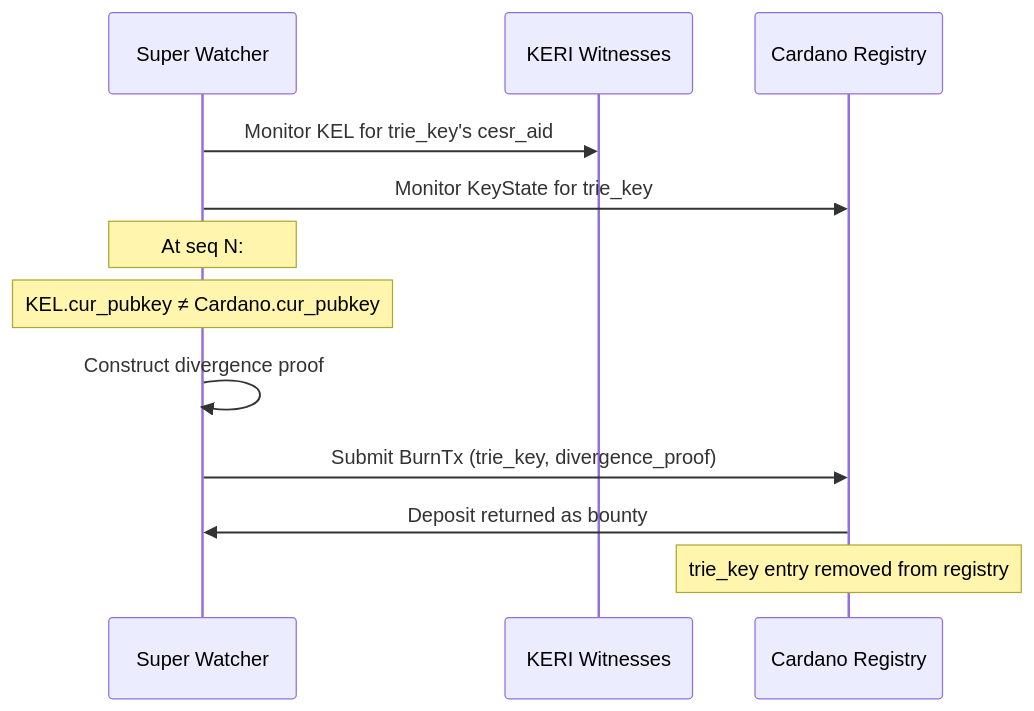
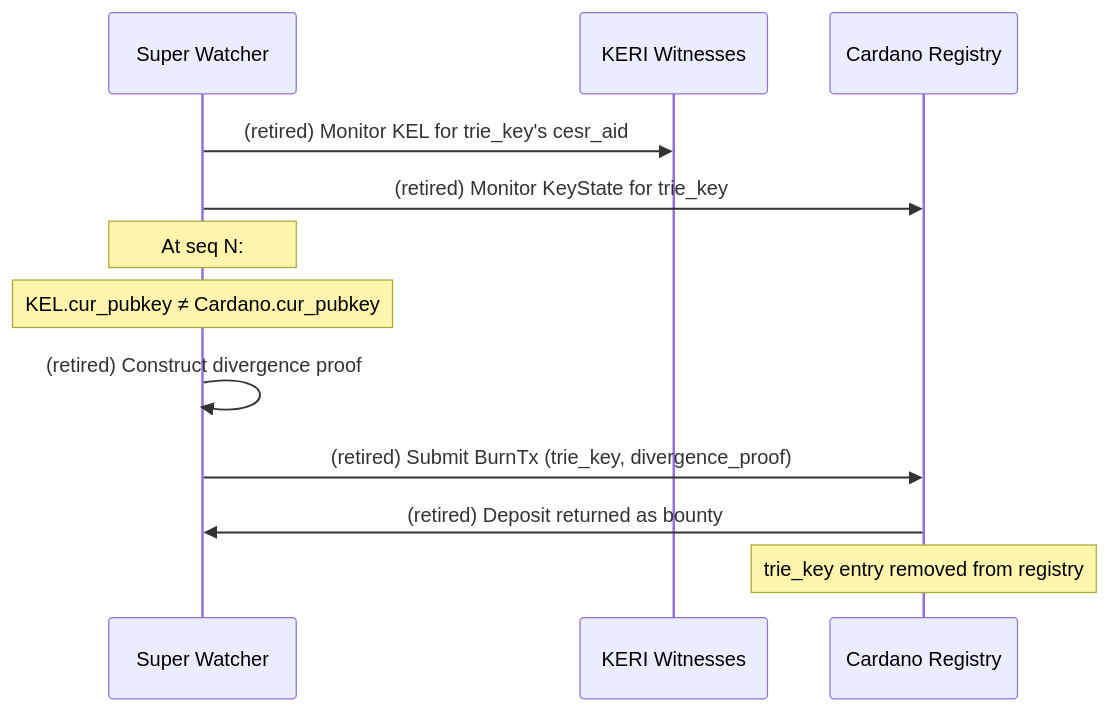
One commit to lambdasistemi/cardano-keri changed the diagram in docs/design/super-watcher.md. Above: the diagram before and after it, drawn with Mermaid. The commit also changed other lines of this file and 8 other files, not shown here.

````diff
--- a/docs/design/super-watcher.md
+++ b/docs/design/super-watcher.md
@@ -43,15 +128,15 @@
 ```mermaid
 sequenceDiagram
     participant W as Super Watcher
     participant K as KERI Witnesses
     participant C as Cardano Registry
 
-    W->>K: Monitor KEL for trie_key's cesr_aid
-    W->>C: Monitor KeyState for trie_key
+    W->>K: (retired) Monitor KEL for trie_key's cesr_aid
+    W->>C: (retired) Monitor KeyState for trie_key
     Note over W: At seq N:
     Note over W: KEL.cur_pubkey ≠ Cardano.cur_pubkey
-    W->>W: Construct divergence proof
-    W->>C: Submit BurnTx (trie_key, divergence_proof)
-    C->>W: Deposit returned as bounty
+    W->>W: (retired) Construct divergence proof
+    W->>C: (retired) Submit BurnTx (trie_key, divergence_proof)
+    C->>W: (retired) Deposit returned as bounty
     Note over C: trie_key entry removed from registry
 ```
````
